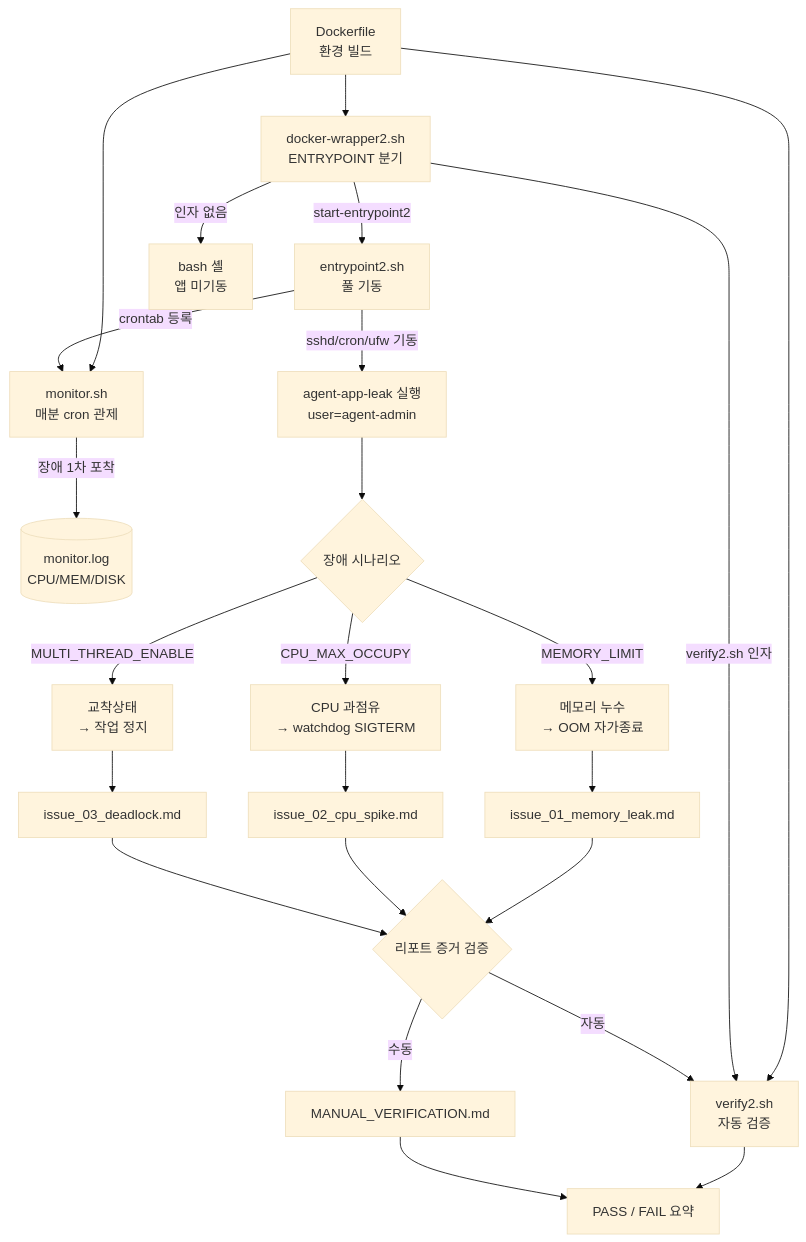
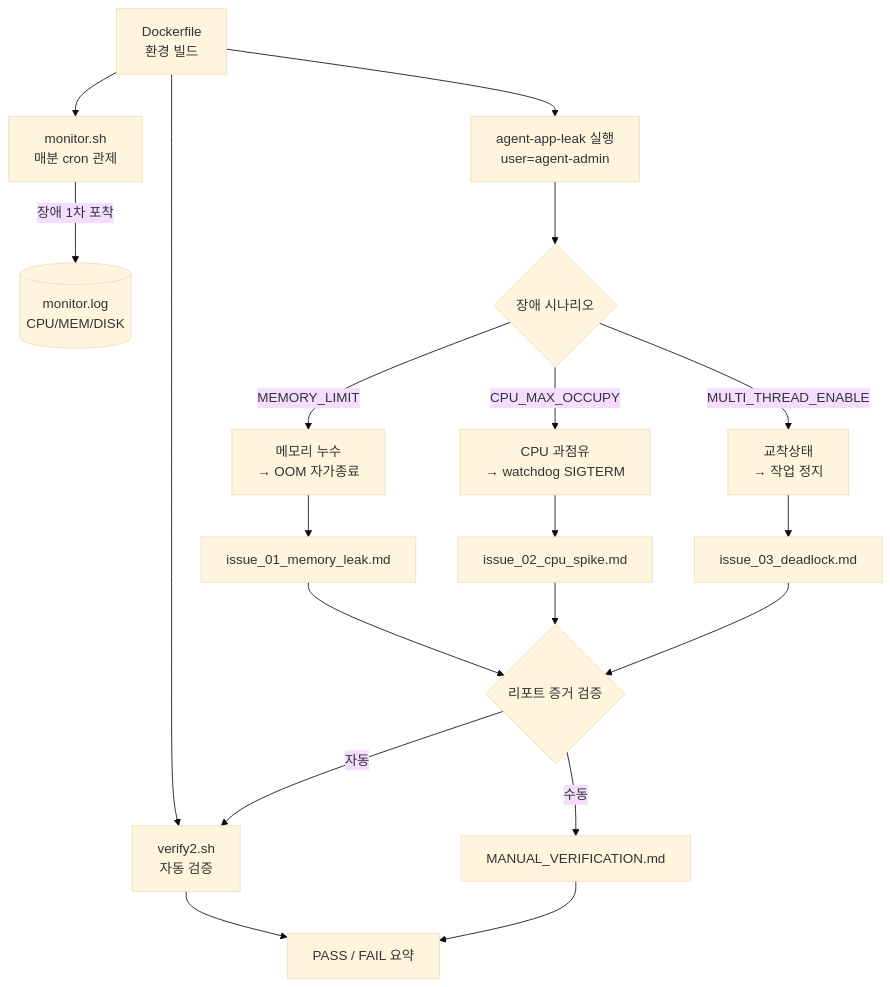
The first of 2 diagrams in architecture.md (kjs83036/AI-SW-Basic-B1-2), drawn with Mermaid (base theme) before and after one commit.

````diff
--- a/architecture.md
+++ b/architecture.md
@@ -5,29 +5,23 @@
 ```mermaid
 flowchart TD
-    DF[Dockerfile<br/>환경 빌드] --> WRAP[docker-wrapper2.sh<br/>ENTRYPOINT 분기]
-    DF --> MON[monitor.sh<br/>매분 cron 관제]
+    DF[Dockerfile<br/>환경 빌드] --> MON[monitor.sh<br/>매분 cron 관제]
     DF --> VS[verify2.sh<br/>자동 검증]
+    DF --> RUN[agent-app-leak 실행<br/>user=agent-admin]
 
-    WRAP -->|start-entrypoint2| EP[entrypoint2.sh<br/>풀 기동]
-    WRAP -->|verify2.sh 인자| VS
-    WRAP -->|인자 없음| SH[bash 셸<br/>앱 미기동]
-
-    EP -->|sshd/cron/ufw 기동| RUN[agent-app-leak 실행<br/>user=agent-admin]
-    EP -->|crontab 등록| MON
     MON -->|장애 1차 포착| LOG[(monitor.log<br/>CPU/MEM/DISK)]
 
     RUN --> SC{장애 시나리오}
     SC -->|MEMORY_LIMIT| M1[메모리 누수<br/>→ OOM 자가종료]
     SC -->|CPU_MAX_OCCUPY| M2[CPU 과점유<br/>→ watchdog SIGTERM]
     SC -->|MULTI_THREAD_ENABLE| M3[교착상태<br/>→ 작업 정지]
 
     M1 --> R1[issue_01_memory_leak.md]
     M2 --> R2[issue_02_cpu_spike.md]
     M3 --> R3[issue_03_deadlock.md]
 
     R1 & R2 & R3 --> V{리포트 증거 검증}
     V -->|자동| VS
     V -->|수동| MV[MANUAL_VERIFICATION.md]
     VS --> RESULT[PASS / FAIL 요약]
     MV --> RESULT
 ```
````
